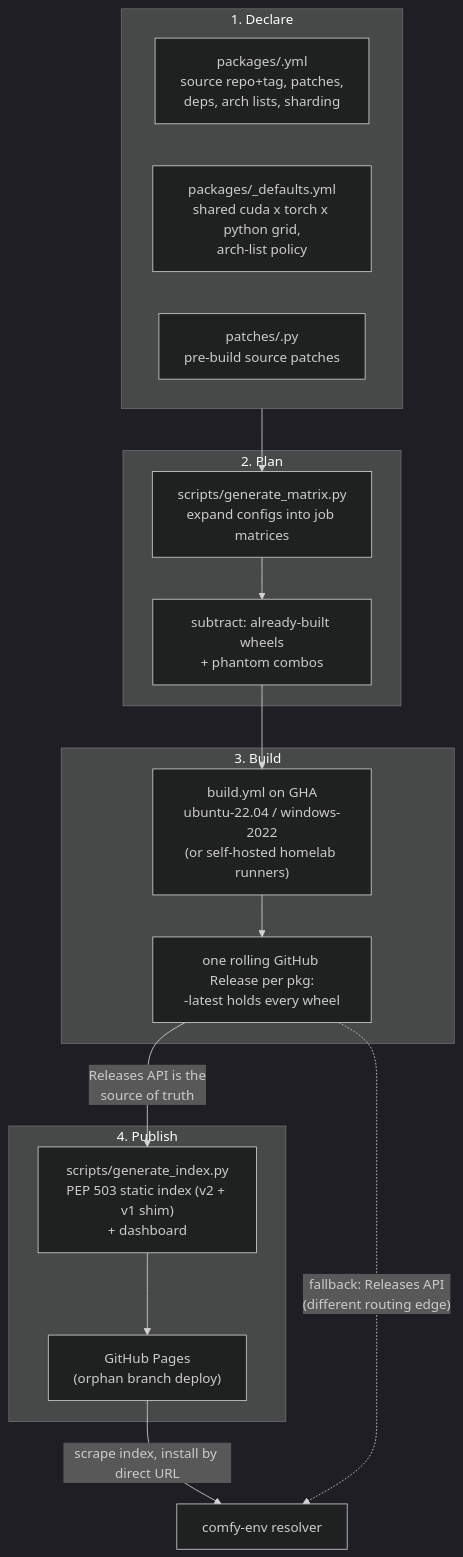
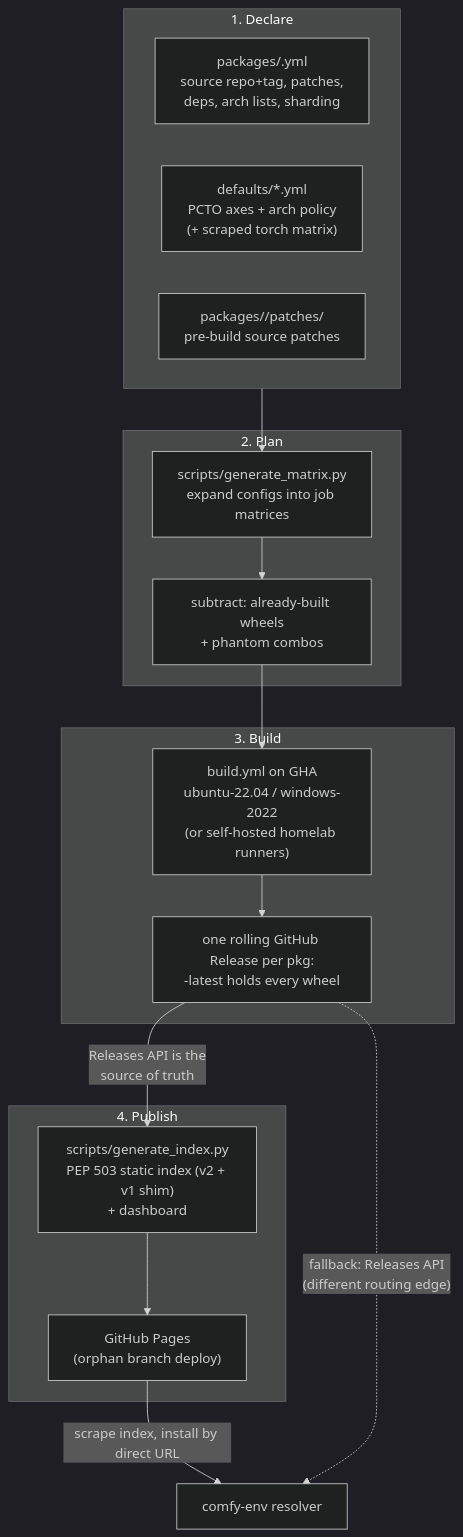
One commit to Comfy-Forge/comfy-forge-docs changed the diagram in docs/cuda-wheels/build-process.md. Above: the diagram before and after it, drawn with Mermaid (dark theme). The commit also changed other lines of this file and 4 other files, not shown here.

````diff
--- a/docs/cuda-wheels/build-process.md
+++ b/docs/cuda-wheels/build-process.md
@@ -106,27 +123,27 @@
 ```mermaid
 flowchart TB
     subgraph declare["1. Declare"]
         yml["packages/<name>.yml<br/>source repo+tag, patches,<br/>deps, arch lists, sharding"]
-        defaults["packages/_defaults.yml<br/>shared cuda x torch x python grid,<br/>arch-list policy"]
-        patch["patches/<name>.py<br/>pre-build source patches"]
+        defaults["defaults/*.yml<br/>PCTO axes + arch policy<br/>(+ scraped torch matrix)"]
+        patch["packages/<name>/patches/<br/>pre-build source patches"]
     end
     subgraph plan["2. Plan"]
         gen["scripts/generate_matrix.py<br/>expand configs into job matrices"]
         skip["subtract: already-built wheels<br/>+ phantom combos"]
     end
     subgraph build["3. Build"]
         gha["build.yml on GHA<br/>ubuntu-22.04 / windows-2022<br/>(or self-hosted homelab runners)"]
         rel["one rolling GitHub Release per pkg:<br/><pkg>-latest holds every wheel"]
     end
     subgraph publish["4. Publish"]
         idx["scripts/generate_index.py<br/>PEP 503 static index (v2 + v1 shim)<br/>+ dashboard"]
         pages["GitHub Pages<br/>(orphan branch deploy)"]
     end
     declare --> gen
     gen --> skip --> gha --> rel
     rel -->|"Releases API is the<br/>source of truth"| idx --> pages
 
     consumer["comfy-env resolver"]
     pages -->|"scrape index, install by direct URL"| consumer
     rel -.->|"fallback: Releases API<br/>(different routing edge)"| consumer
 ```
````
